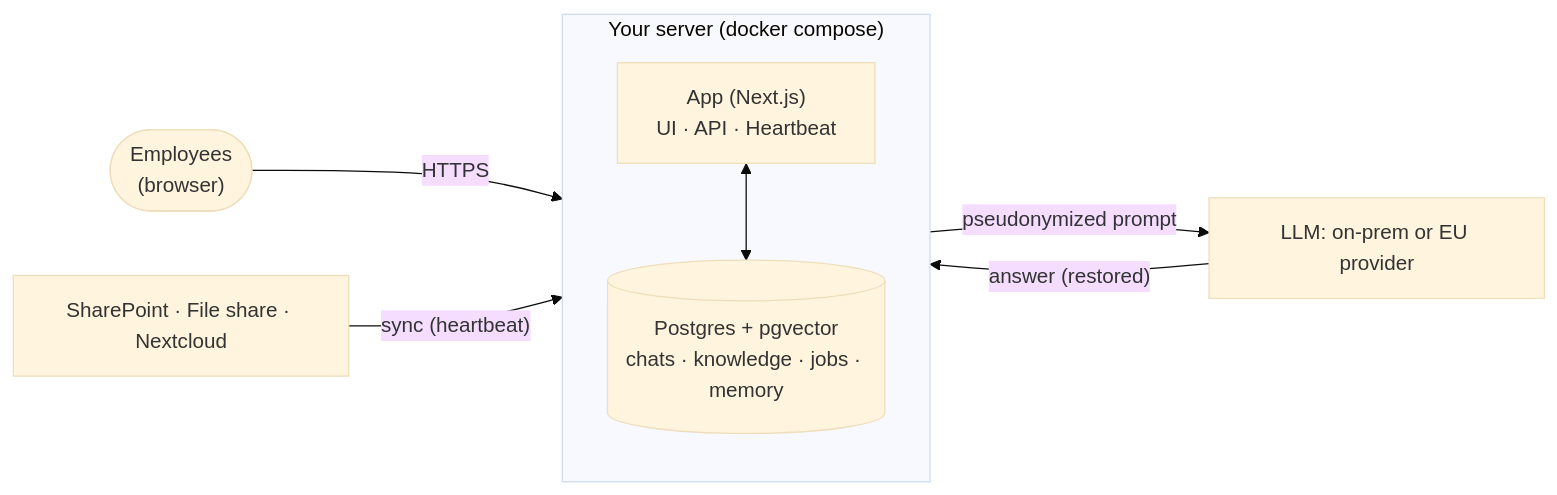
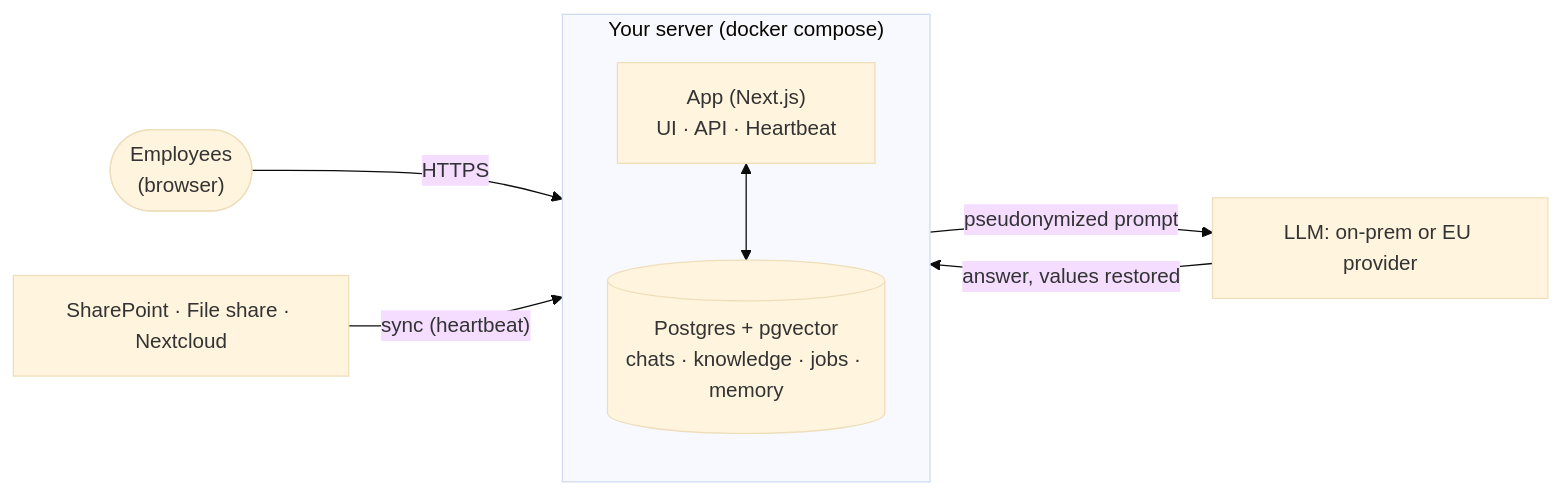
One commit to fuchs-harry/Self-hosted-Chat-Engine changed the diagram in README.md. Above: the diagram before and after it, drawn with Mermaid (base theme). The commit also changed other lines of this file, not shown here.

````diff
--- a/README.md
+++ b/README.md
@@ -115,13 +141,13 @@
 ```mermaid
 flowchart LR
   subgraph server["Your server (docker compose)"]
     direction TB
     app["App (Next.js)<br/>UI · API · Heartbeat"]
     pg[("Postgres + pgvector<br/>chats · knowledge · jobs · memory")]
     app <--> pg
   end
   user(["Employees<br/>(browser)"]) -- HTTPS --> app
   sp["SharePoint · File share · Nextcloud"] -- "sync (heartbeat)" --> app
   app -- "pseudonymized prompt" --> llm["LLM: on-prem or EU provider"]
-  llm -- "answer (restored)" --> app
+  llm -- "answer, values restored" --> app
 ```
````
